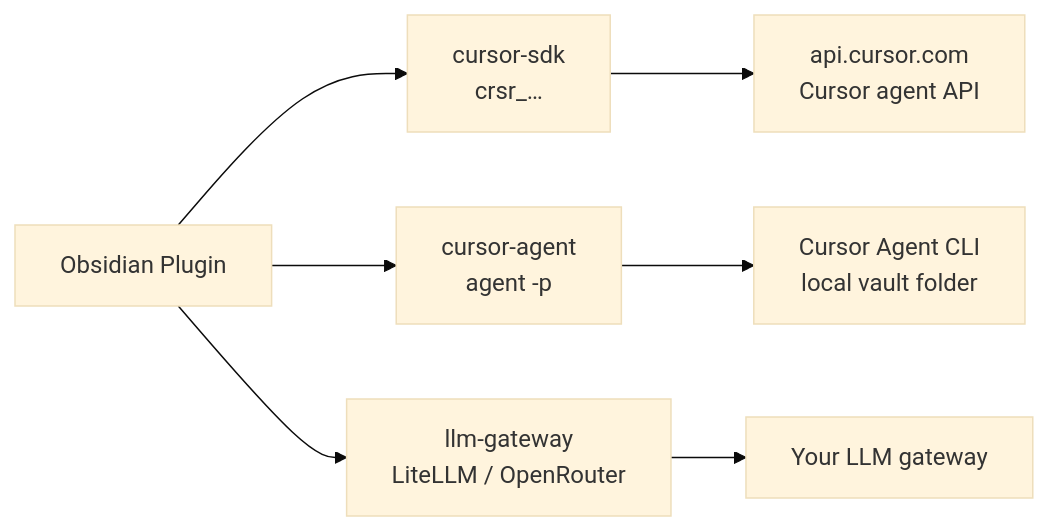
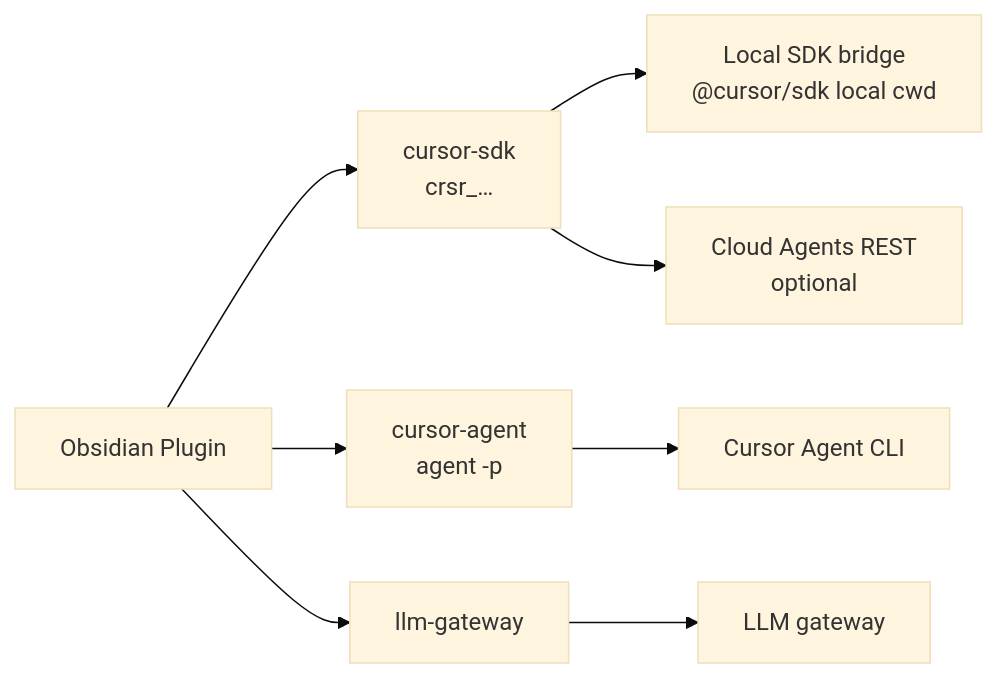
Before and after one commit to guilyx/obsidian-cursor-plugin: the diagram in .docs/architecture/backend-model.md, drawn with Mermaid (base theme). The commit also changed other lines of this file and 18 other files, not shown here.

First line of the commit message:
feat(sdk): local @cursor/sdk runtime via bridge (default)

````diff
--- a/.docs/architecture/backend-model.md
+++ b/.docs/architecture/backend-model.md
@@ -15,10 +15,11 @@
 ```mermaid
 flowchart LR
   OBS["Obsidian Plugin"]
   OBS --> SDK["cursor-sdk\ncrsr_…"]
   OBS --> CLI["cursor-agent\nagent -p"]
-  OBS --> LLM["llm-gateway\nLiteLLM / OpenRouter"]
-  SDK --> API["api.cursor.com\nCursor agent API"]
-  CLI --> LOCAL["Cursor Agent CLI\nlocal vault folder"]
-  LLM --> GW["Your LLM gateway"]
+  OBS --> LLM["llm-gateway"]
+  SDK --> LOCAL["Local SDK bridge\n@cursor/sdk local cwd"]
+  SDK --> API["Cloud Agents REST\noptional"]
+  CLI --> AGENT["Cursor Agent CLI"]
+  LLM --> GW["LLM gateway"]
 ```
````
